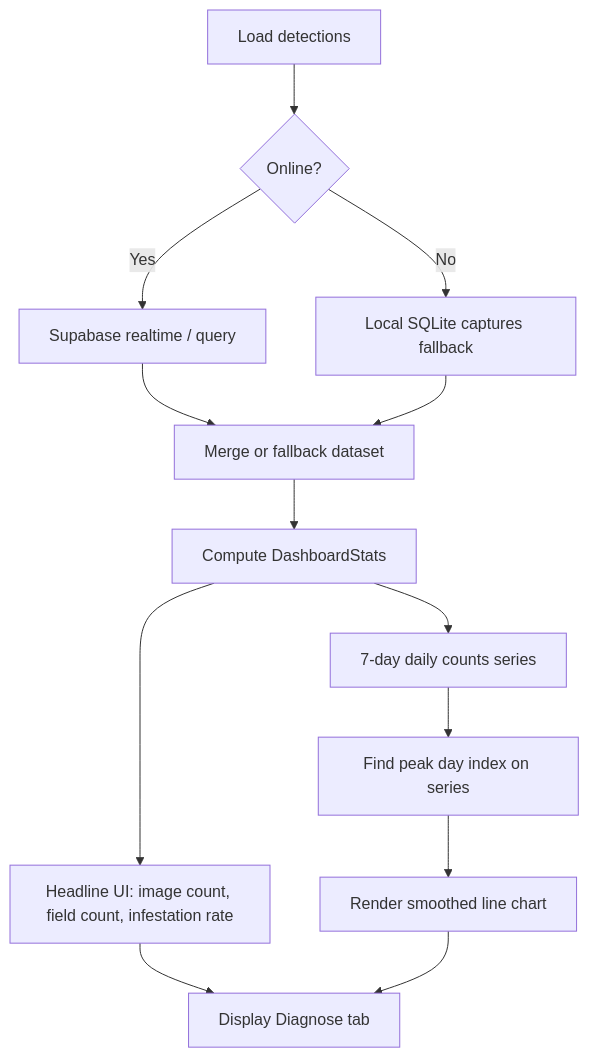
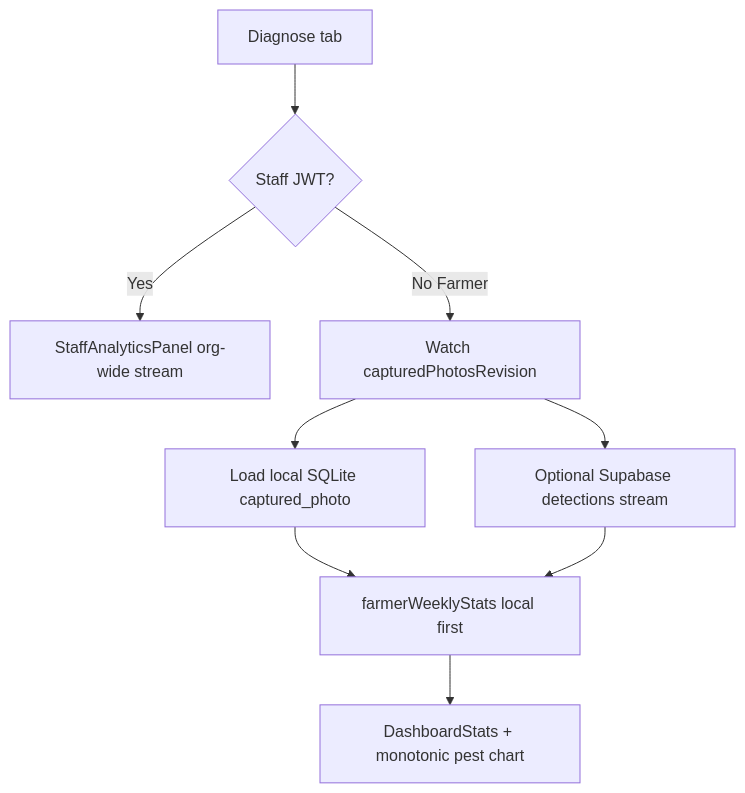
Before and after one commit to janrafael29/PINE: the first of 13 diagrams in docs/diagrams/PINYA_PIC_thesis_flowcharts.md, drawn with Mermaid. The commit also changed other lines of this file and 117 other files, not shown here.

````diff
--- a/docs/diagrams/PINYA_PIC_thesis_flowcharts.md
+++ b/docs/diagrams/PINYA_PIC_thesis_flowcharts.md
@@ -55,15 +58,11 @@
 ```mermaid
 flowchart TD
-  A[Load detections] --> B{Online?}
-  B -->|Yes| C[Supabase realtime / query]
-  B -->|No| D[Local SQLite captures fallback]
-  C --> E[Merge or fallback dataset]
-  D --> E
-  E --> F[Compute DashboardStats]
-  F --> G[Headline UI: image count, field count, infestation rate]
-  F --> H[7-day daily counts series]
-  H --> I[Find peak day index on series]
-  I --> J[Render smoothed line chart]
-  G --> K[Display Diagnose tab]
-  J --> K
+  A[Diagnose tab] --> B{Staff JWT?}
+  B -->|Yes| C[StaffAnalyticsPanel org-wide stream]
+  B -->|No Farmer| D[Watch capturedPhotosRevision]
+  D --> E[Load local SQLite captured_photo]
+  D --> F[Optional Supabase detections stream]
+  E --> G[farmerWeeklyStats local first]
+  F --> G
+  G --> H[DashboardStats + monotonic pest chart]
 ```
````
